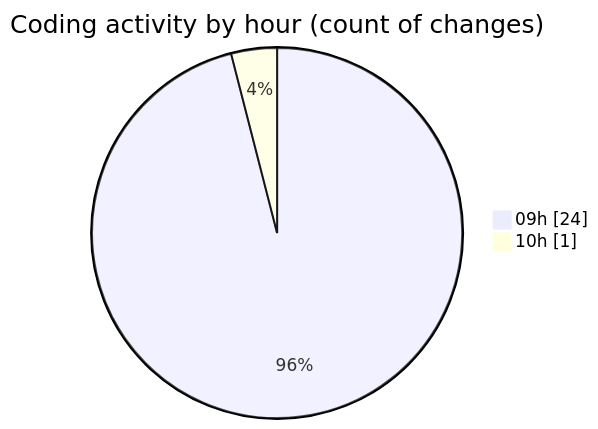
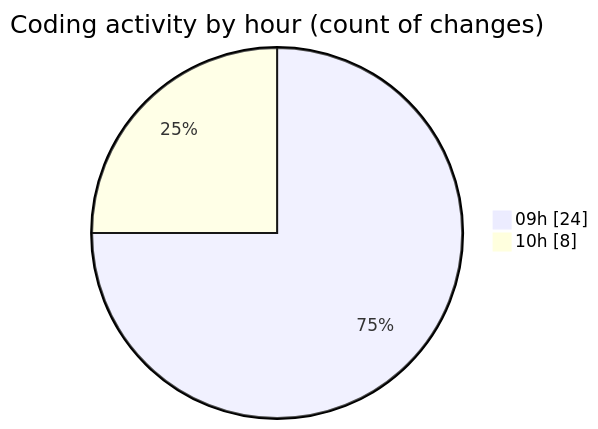
Before and after one commit to lephambinh05/code-tracking: the second of 2 diagrams in 2025-08-18/rentotp/README.md, drawn with Mermaid. The commit also changed other lines of this file and 1 other file, not shown here.

````diff
--- a/2025-08-18/rentotp/README.md
+++ b/2025-08-18/rentotp/README.md
@@ -39,6 +42,6 @@
 ```mermaid
 pie showData
 title Coding activity by hour (count of changes)
 "09h" : 24
-"10h" : 1
+"10h" : 8
 ```
````
